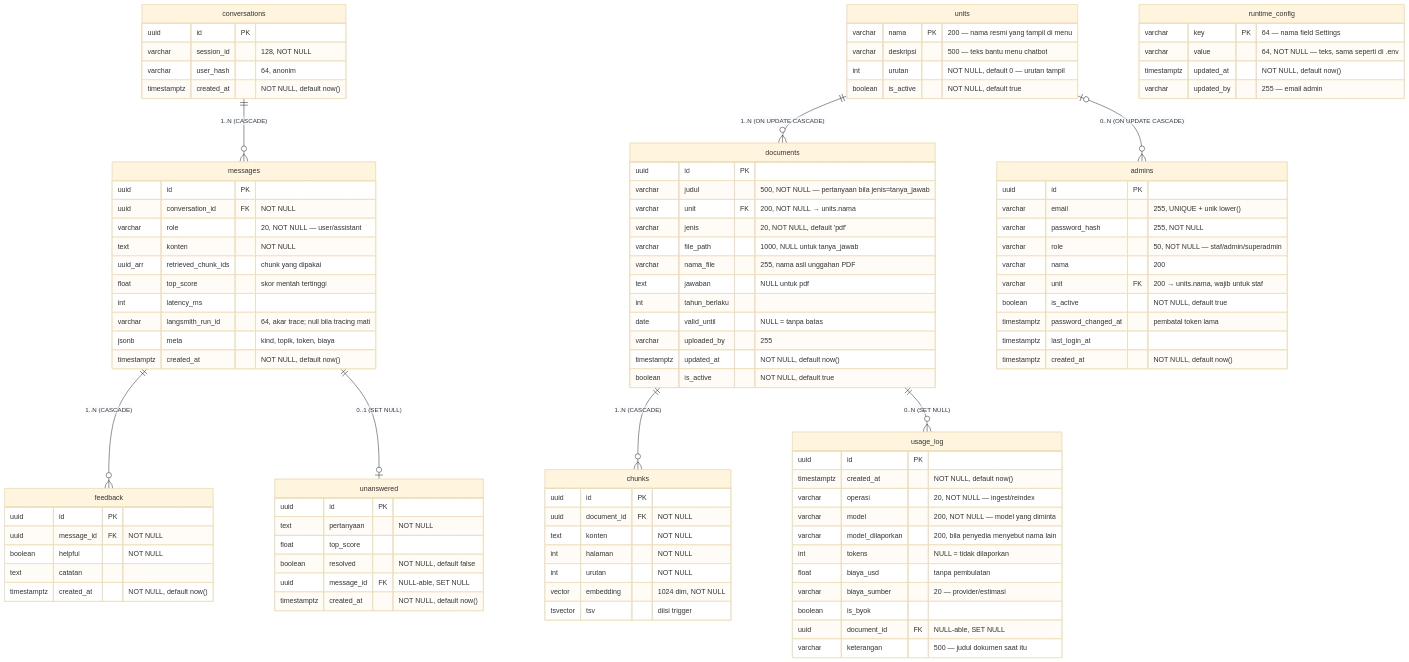
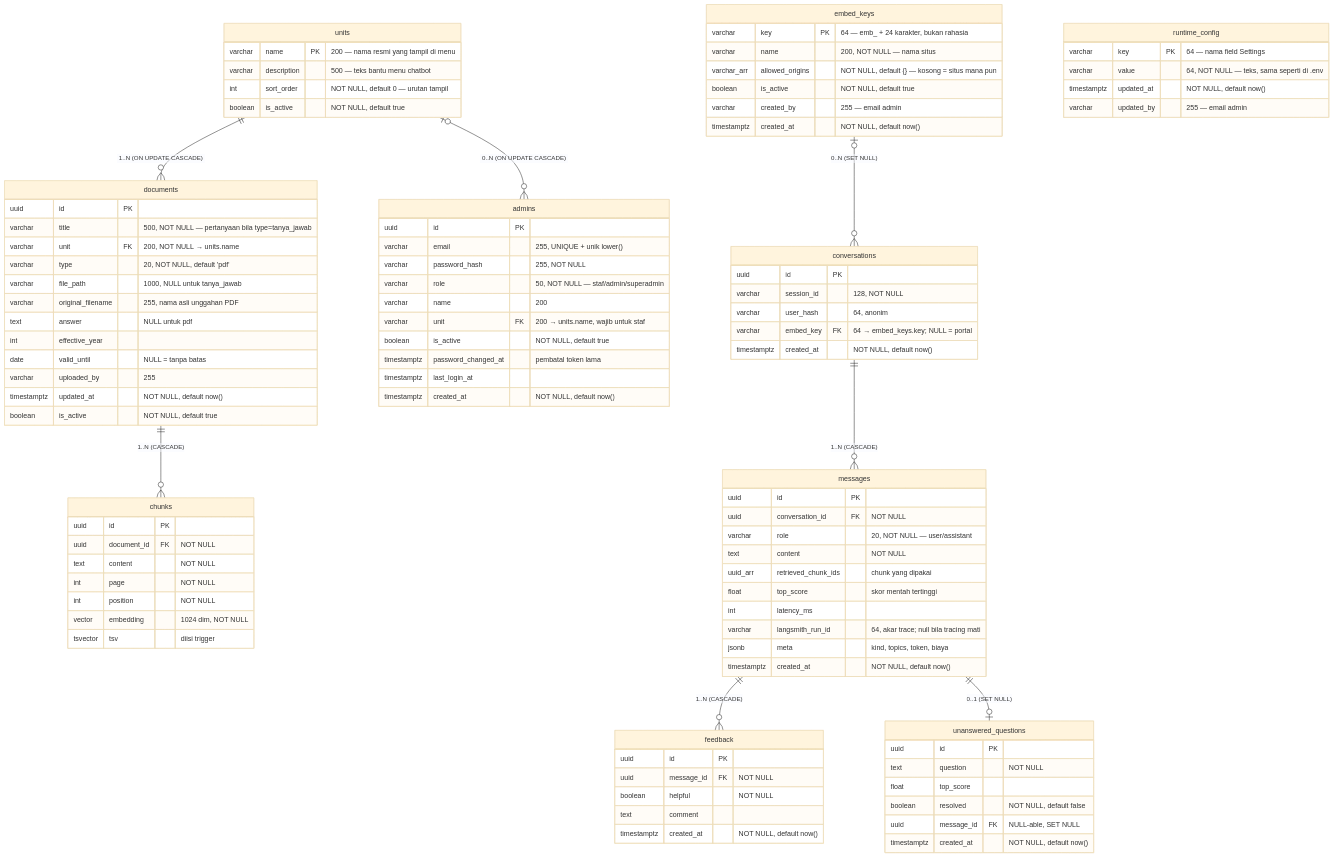
Before and after one commit to yogadwipayana/chatbot-api: the diagram in docs/schema.md, drawn with Mermaid (base theme). The commit also changed other lines of this file and 98 other files, not shown here.

Commit message:
Standardize API schema and secure chat access

```diff
--- a/docs/schema.md
+++ b/docs/schema.md
@@ -23,27 +23,27 @@
     documents ||--o{ chunks : "1..N (CASCADE)"
     conversations ||--o{ messages : "1..N (CASCADE)"
     messages ||--o{ feedback : "1..N (CASCADE)"
-    messages ||--o| unanswered : "0..1 (SET NULL)"
-    documents ||--o{ usage_log : "0..N (SET NULL)"
+    messages ||--o| unanswered_questions : "0..1 (SET NULL)"
     units ||--o{ documents : "1..N (ON UPDATE CASCADE)"
     units |o--o{ admins : "0..N (ON UPDATE CASCADE)"
+    embed_keys |o--o{ conversations : "0..N (SET NULL)"
 
     units {
-        varchar  nama PK "200 — nama resmi yang tampil di menu"
-        varchar  deskripsi "500 — teks bantu menu chatbot"
-        int      urutan "NOT NULL, default 0 — urutan tampil"
+        varchar  name PK "200 — nama resmi yang tampil di menu"
+        varchar  description "500 — teks bantu menu chatbot"
+        int      sort_order "NOT NULL, default 0 — urutan tampil"
         boolean  is_active "NOT NULL, default true"
     }
 
     documents {
         uuid     id PK
-        varchar  judul "500, NOT NULL — pertanyaan bila jenis=tanya_jawab"
-        varchar  unit FK "200, NOT NULL → units.nama"
-        varchar  jenis "20, NOT NULL, default 'pdf'"
+        varchar  title "500, NOT NULL — pertanyaan bila type=tanya_jawab"
+        varchar  unit FK "200, NOT NULL → units.name"
+        varchar  type "20, NOT NULL, default 'pdf'"
         varchar  file_path "1000, NULL untuk tanya_jawab"
-        varchar  nama_file "255, nama asli unggahan PDF"
-        text     jawaban "NULL untuk pdf"
-        int      tahun_berlaku
+        varchar  original_filename "255, nama asli unggahan PDF"
+        text     answer "NULL untuk pdf"
+        int      effective_year
         date     valid_until "NULL = tanpa batas"
         varchar  uploaded_by "255"
         timestamptz updated_at "NOT NULL, default now()"
@@ -53,9 +53,9 @@
     chunks {
         uuid     id PK
         uuid     document_id FK "NOT NULL"
-        text     konten "NOT NULL"
-        int      halaman "NOT NULL"
-        int      urutan "NOT NULL"
+        text     content "NOT NULL"
+        int      page "NOT NULL"
+        int      position "NOT NULL"
         vector   embedding "1024 dim, NOT NULL"
         tsvector tsv "diisi trigger"
     }
@@ -64,6 +64,16 @@
         uuid     id PK
         varchar  session_id "128, NOT NULL"
         varchar  user_hash "64, anonim"
+        varchar  embed_key FK "64 → embed_keys.key; NULL = portal"
+        timestamptz created_at "NOT NULL, default now()"
+    }
+
+    embed_keys {
+        varchar  key PK "64 — emb_ + 24 karakter, bukan rahasia"
+        varchar  name "200, NOT NULL — nama situs"
+        varchar_arr allowed_origins "NOT NULL, default {} — kosong = situs mana pun"
+        boolean  is_active "NOT NULL, default true"
+        varchar  created_by "255 — email admin"
         timestamptz created_at "NOT NULL, default now()"
     }
 
@@ -71,12 +81,12 @@
         uuid     id PK
         uuid     conversation_id FK "NOT NULL"
         varchar  role "20, NOT NULL — user/assistant"
-        text     konten "NOT NULL"
+        text     content "NOT NULL"
         uuid_arr retrieved_chunk_ids "chunk yang dipakai"
         float    top_score "skor mentah tertinggi"
         int      latency_ms
         varchar  langsmith_run_id "64, akar trace; null bila tracing mati"
-        jsonb    meta "kind, topik, token, biaya"
+        jsonb    meta "kind, topics, token, biaya"
         timestamptz created_at "NOT NULL, default now()"
     }
 
@@ -84,13 +94,13 @@
         uuid     id PK
         uuid     message_id FK "NOT NULL"
         boolean  helpful "NOT NULL"
-        text     catatan
+        text     comment
         timestamptz created_at "NOT NULL, default now()"
     }
 
-    unanswered {
+    unanswered_questions {
         uuid     id PK
-        text     pertanyaan "NOT NULL"
+        text     question "NOT NULL"
         float    top_score
         boolean  resolved "NOT NULL, default false"
         uuid     message_id FK "NULL-able, SET NULL"
@@ -104,27 +114,13 @@
         varchar  updated_by "255 — email admin"
     }
 
-    usage_log {
-        uuid     id PK
-        timestamptz created_at "NOT NULL, default now()"
-        varchar  operasi "20, NOT NULL — ingest/reindex"
-        varchar  model "200, NOT NULL — model yang diminta"
-        varchar  model_dilaporkan "200, bila penyedia menyebut nama lain"
-        int      tokens "NULL = tidak dilaporkan"
-        float    biaya_usd "tanpa pembulatan"
-        varchar  biaya_sumber "20 — provider/estimasi"
-        boolean  is_byok
-        uuid     document_id FK "NULL-able, SET NULL"
-        varchar  keterangan "500 — judul dokumen saat itu"
-    }
-
     admins {
         uuid     id PK
         varchar  email "255, UNIQUE + unik lower()"
         varchar  password_hash "255, NOT NULL"
         varchar  role "50, NOT NULL — staf/admin/superadmin"
-        varchar  nama "200"
-        varchar  unit FK "200 → units.nama, wajib untuk staf"
+        varchar  name "200"
+        varchar  unit FK "200 → units.name, wajib untuk staf"
         boolean  is_active "NOT NULL, default true"
         timestamptz password_changed_at "pembatal token lama"
         timestamptz last_login_at
```
